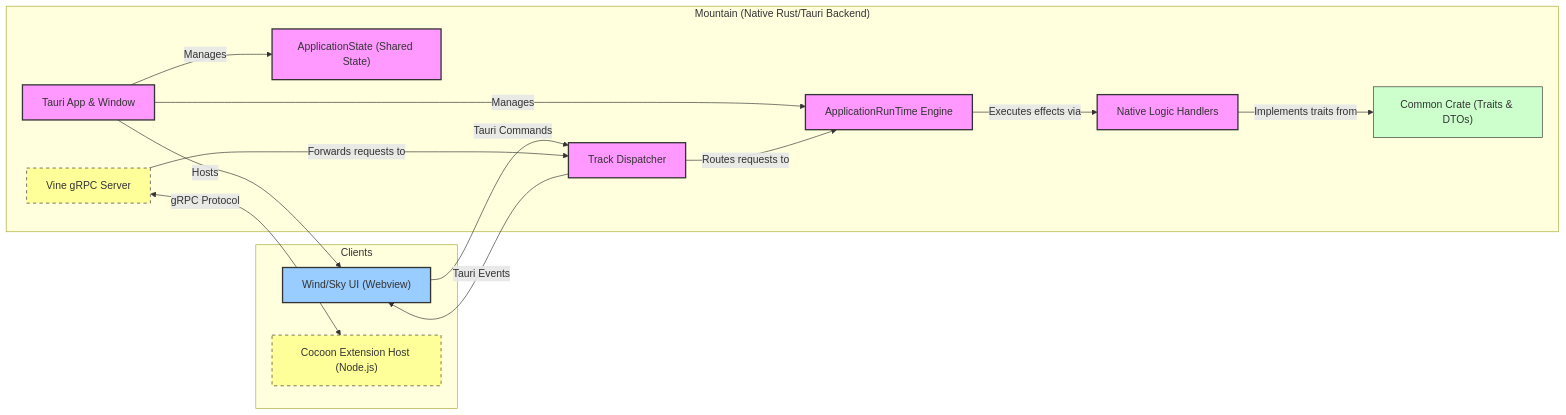
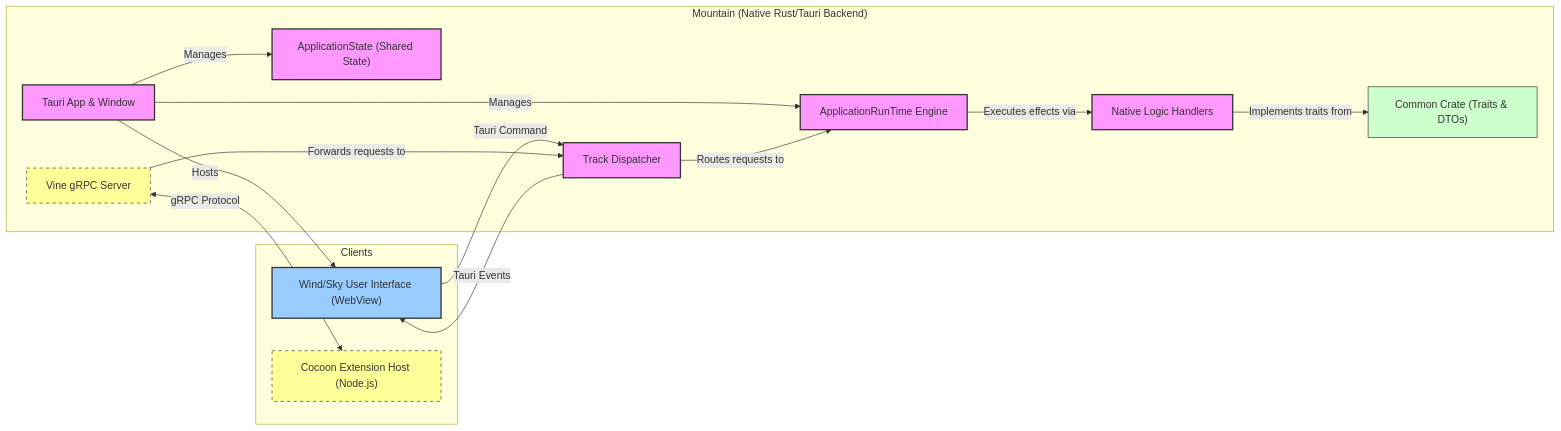
The diagram in README.md (CodeEditorLand/Mountain), drawn with Mermaid before and after one commit. The commit also changed other lines of this file and 211 other files, not shown here.

````diff
--- a/README.md
+++ b/README.md
@@ -89,37 +89,37 @@
 ```mermaid
 graph LR
     classDef mountain fill:#f9f,stroke:#333,stroke-width:2px;
     classDef cocoon fill:#ccf,stroke:#333,stroke-width:2px;
     classDef wind fill:#9cf,stroke:#333,stroke-width:2px;
-    classDef common fill:#cfc,stroke:#333,stroke-width:1px;
-    classDef ipc fill:#ff9,stroke:#333,stroke-width:1px,stroke-dasharray: 5 5;
+    classDef Common fill:#cfc,stroke:#333,stroke-width:1px;
+    classDef IPC fill:#ff9,stroke:#333,stroke-width:1px,stroke-dasharray: 5 5;
 
     subgraph "Mountain (Native Rust/Tauri Backend)"
         TauriRuntime[Tauri App & Window]:::mountain
         ApplicationRunTime[ApplicationRunTime Engine]:::mountain
         ApplicationState["ApplicationState (Shared State)"]:::mountain
         TrackDispatcher[Track Dispatcher]:::mountain
-        VinegRPC[Vine gRPC Server]:::ipc
+        VinegRPC[Vine gRPC Server]:::IPC
         NativeHandlers[Native Logic Handlers]:::mountain
-        CommonCrate["Common Crate (Traits & DTOs)"]:::common
+        CommonCrate["Common Crate (Traits & DTOs)"]:::Common
 
         TauriRuntime -- Manages --> ApplicationState
         TauriRuntime -- Manages --> ApplicationRunTime
         ApplicationRunTime -- Executes effects via --> NativeHandlers
         TrackDispatcher -- Routes requests to --> ApplicationRunTime
     end
 
     subgraph "Clients"
-        WindUI["Wind/Sky UI (Webview)"]:::wind
+        WindUI["Wind/Sky User Interface (WebView)"]:::wind
         CocoonSidecar["Cocoon Extension Host (Node.js)"]:::cocoon
     end
 
     TauriRuntime -- Hosts --> WindUI
-    WindUI -- Tauri Commands --> TrackDispatcher
+    WindUI -- Tauri Command --> TrackDispatcher
     TrackDispatcher -- Tauri Events --> WindUI
 
-    VinegRPC -- gRPC Protocol <--> CocoonSidecar; class VinegRPC,CocoonSidecar ipc
+    VinegRPC -- gRPC Protocol <--> CocoonSidecar; class VinegRPC,CocoonSidecar IPC
     VinegRPC -- Forwards requests to --> TrackDispatcher
 
     NativeHandlers -- Implements traits from --> CommonCrate
 ```
````
